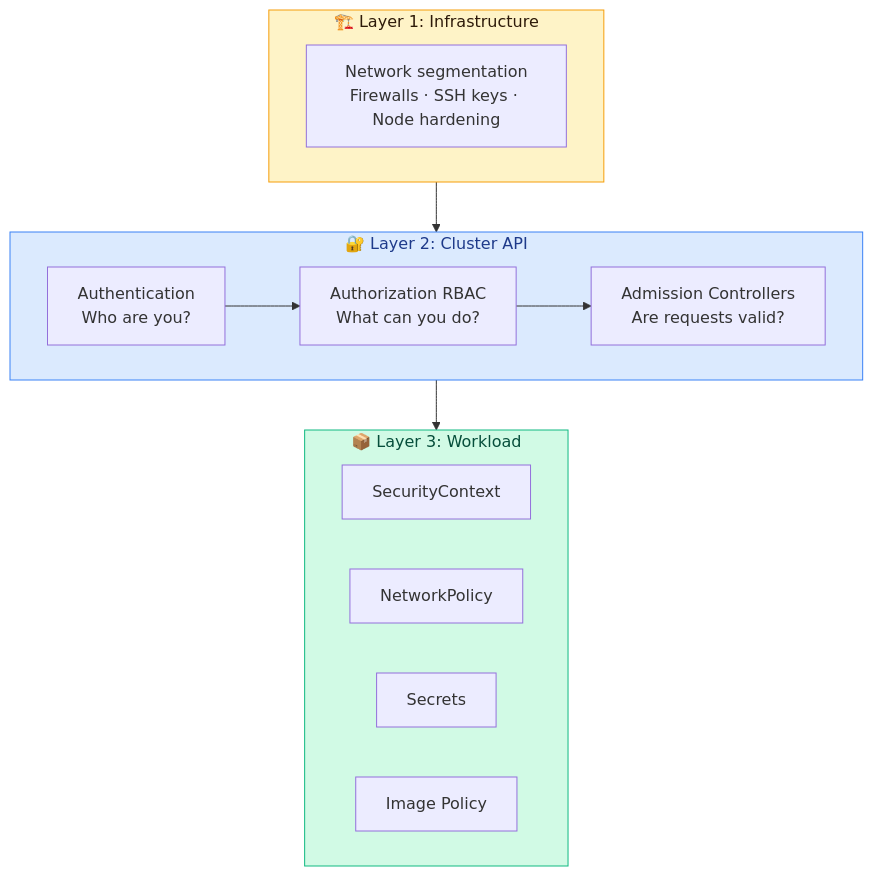
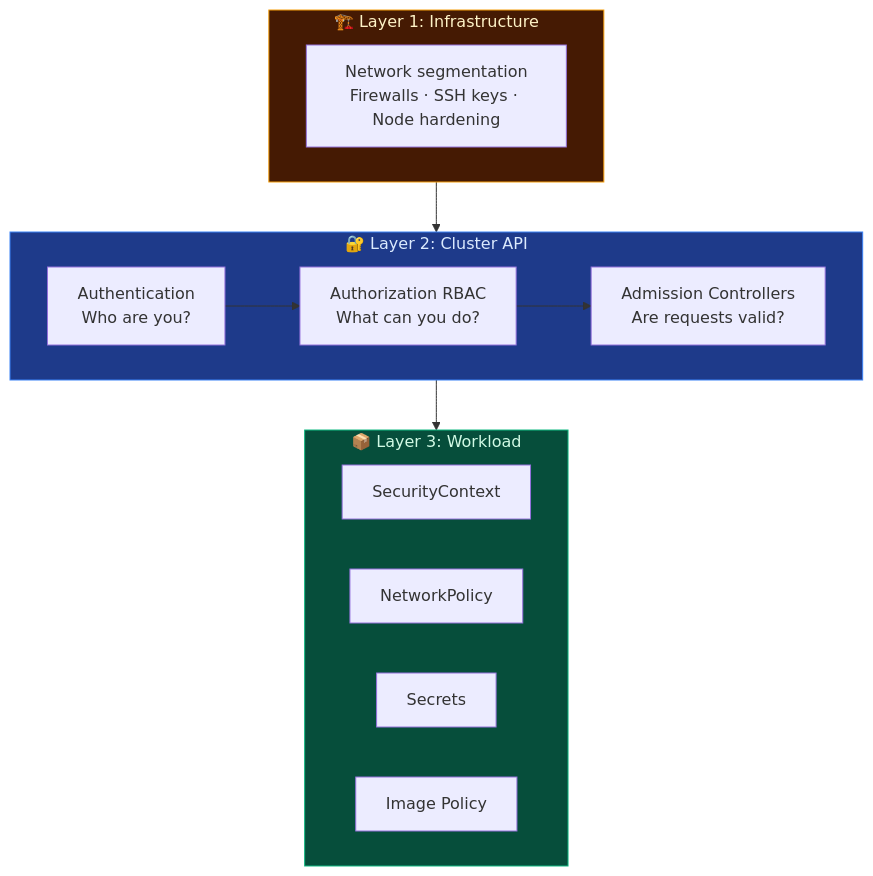
One commit to Gautam4424/k8slearn-content changed the first of 2 diagrams in content/common/security/authentication/authentication.md. Above: the diagram before and after it, drawn with Mermaid. The commit also changed other lines of this file and 5 other files, not shown here.

First line of the commit message:
fix: update mermaid diagram colors and layouts for dark theme

````diff
--- a/content/common/security/authentication/authentication.md
+++ b/content/common/security/authentication/authentication.md
@@ -21,21 +21,21 @@
 ```mermaid
 flowchart TD
     subgraph L1["🏗️ Layer 1: Infrastructure"]
         INF["Network segmentation\nFirewalls · SSH keys · Node hardening"]
     end
     subgraph L2["🔐 Layer 2: Cluster API"]
         direction LR
         A["Authentication\nWho are you?"] --> B["Authorization RBAC\nWhat can you do?"] --> C["Admission Controllers\nAre requests valid?"]
     end
     subgraph L3["📦 Layer 3: Workload"]
         SC["SecurityContext"]
         NP["NetworkPolicy"]
         SEC["Secrets"]
         IMG["Image Policy"]
     end
     L1 --> L2 --> L3
 
-    style L1 fill:#fef3c7,stroke:#f59e0b,color:#2d1a09
-    style L2 fill:#dbeafe,stroke:#3b82f6,color:#1e3a8a
-    style L3 fill:#d1fae5,stroke:#10b981,color:#064e3b
+    style L1 fill:#451a03,stroke:#f59e0b,color:#fef3c7
+    style L2 fill:#1e3a8a,stroke:#3b82f6,color:#dbeafe
+    style L3 fill:#064e3b,stroke:#10b981,color:#d1fae5
 ```
````
